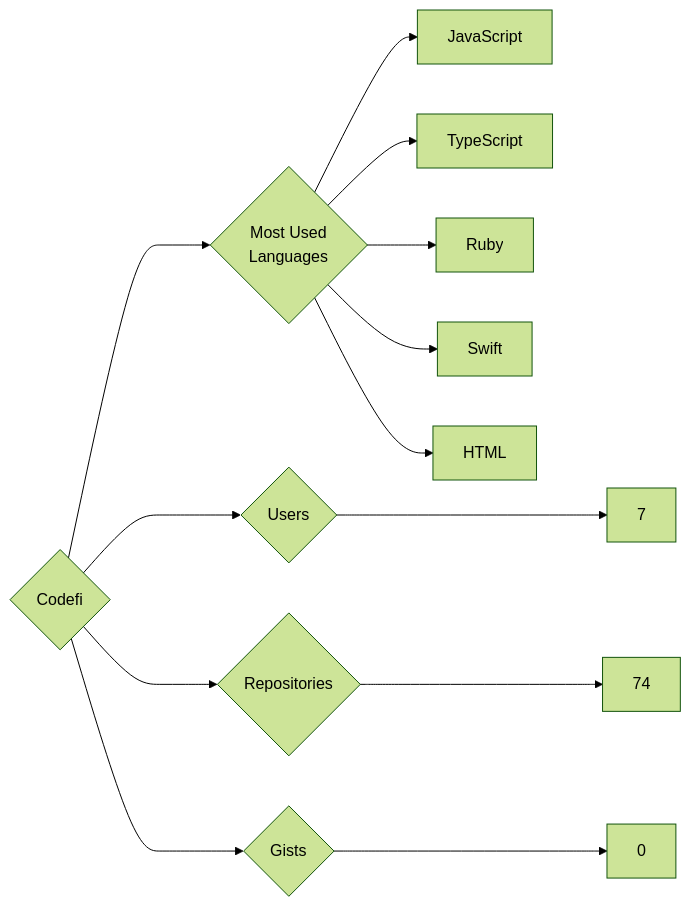
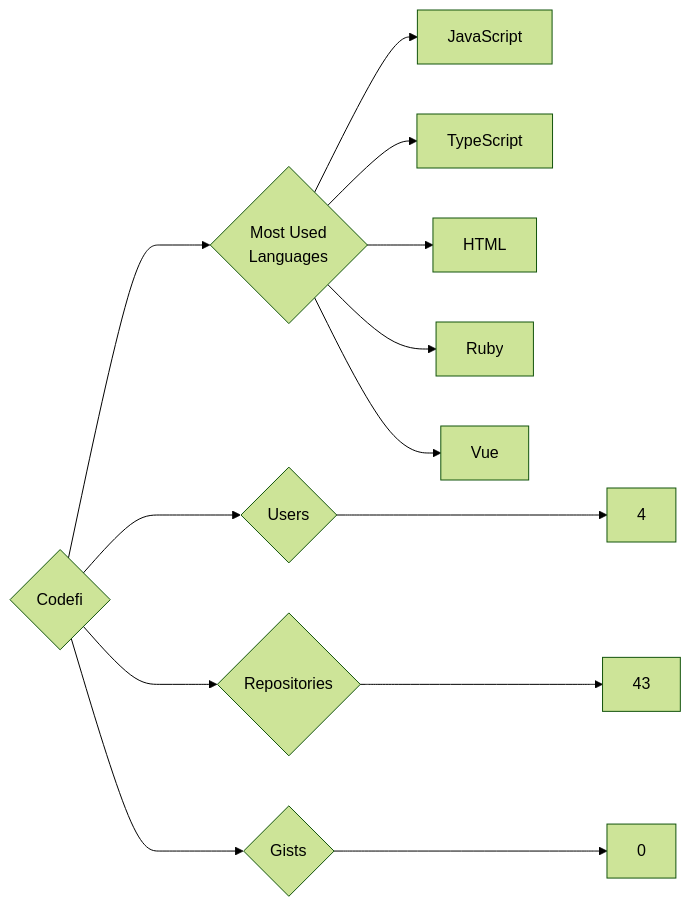
The diagram in targets/Codefi/README.md (trickest/insiders), drawn with Mermaid (forest theme) before and after one commit. The commit also changed 809 other files, not shown here.

````diff
--- a/targets/Codefi/README.md
+++ b/targets/Codefi/README.md
@@ -3,13 +3,13 @@
 ```mermaid
 graph LR
 COMPANY_NAME{Codefi}
-COMPANY_NAME ---> U{Users} ---> UN[7]
-COMPANY_NAME ---> R{Repositories} ---> RN[74]
+COMPANY_NAME ---> U{Users} ---> UN[4]
+COMPANY_NAME ---> R{Repositories} ---> RN[43]
 COMPANY_NAME ---> G{Gists} ---> GN[0]
 COMPANY_NAME ---> ML{Most Used<br>Languages}
 ML --> JavaScript[JavaScript]
 ML --> TypeScript[TypeScript]
+ML --> HTML[HTML]
 ML --> Ruby[Ruby]
-ML --> Swift[Swift]
-ML --> HTML[HTML]
+ML --> Vue[Vue]
 ```
````
